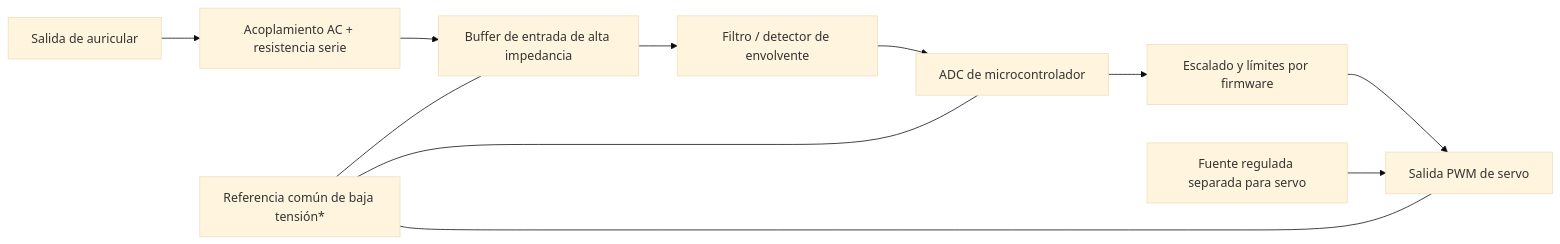
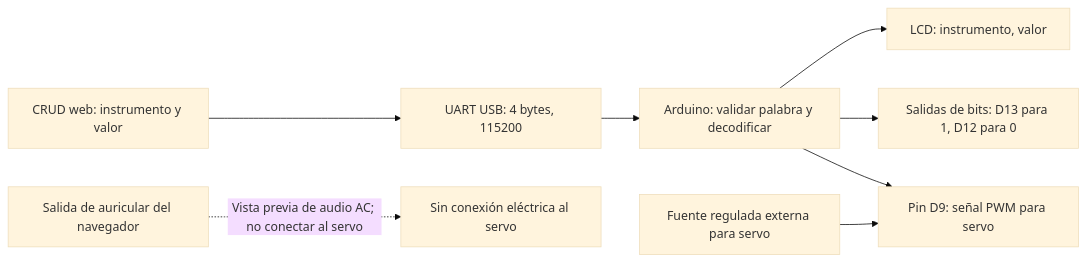
Before and after one commit to felixandrada1999-alt/Arinc429completo: the diagram in docs/circuito-servo.md, drawn with Mermaid (base theme). The commit also changed other lines of this file and 8 other files, not shown here.

Commit message:
Alinear CRUD con envio ARINC y control PWM

````diff
--- a/docs/circuito-servo.md
+++ b/docs/circuito-servo.md
@@ -7,13 +7,10 @@
 ```mermaid
 flowchart LR
-    H[Salida de auricular] --> C[Acoplamiento AC + resistencia serie]
-    C --> B[Buffer de entrada de alta impedancia]
-    B --> F[Filtro / detector de envolvente]
-    F --> A[ADC de microcontrolador]
-    A --> M[Escalado y límites por firmware]
-    M --> P[Salida PWM de servo]
-    S[Fuente regulada separada para servo] --> P
-    G[Referencia común de baja tensión*] --- B
-    G --- A
-    G --- P
+    W[CRUD web: instrumento y valor] --> U[UART USB: 4 bytes, 115200]
+    U --> D[Arduino: validar palabra y decodificar]
+    D --> L[LCD: instrumento, valor]
+    D --> B[Salidas de bits: D13 para 1, D12 para 0]
+    D --> P[Pin D9: señal PWM para servo]
+    S[Fuente regulada externa para servo] --> P
+    H[Salida de auricular del navegador] -. Vista previa de audio AC; no conectar al servo .-> X[Sin conexión eléctrica al servo]
 ```
````
